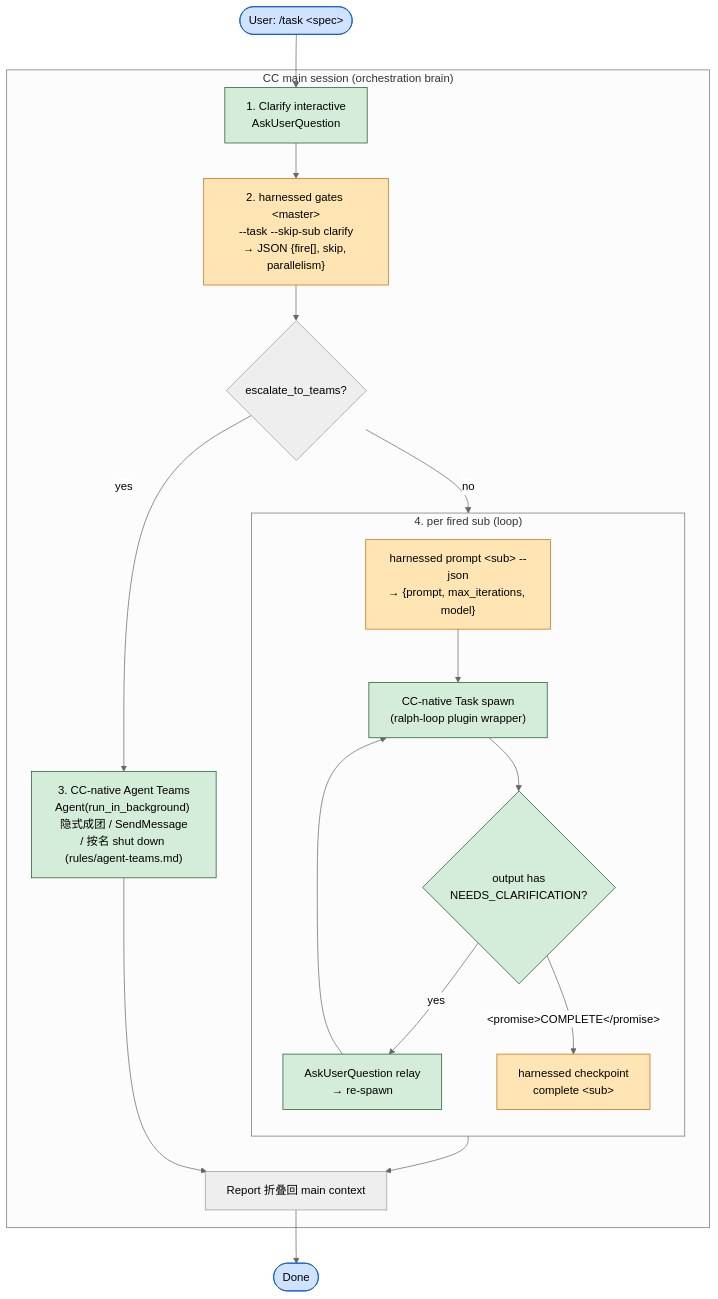
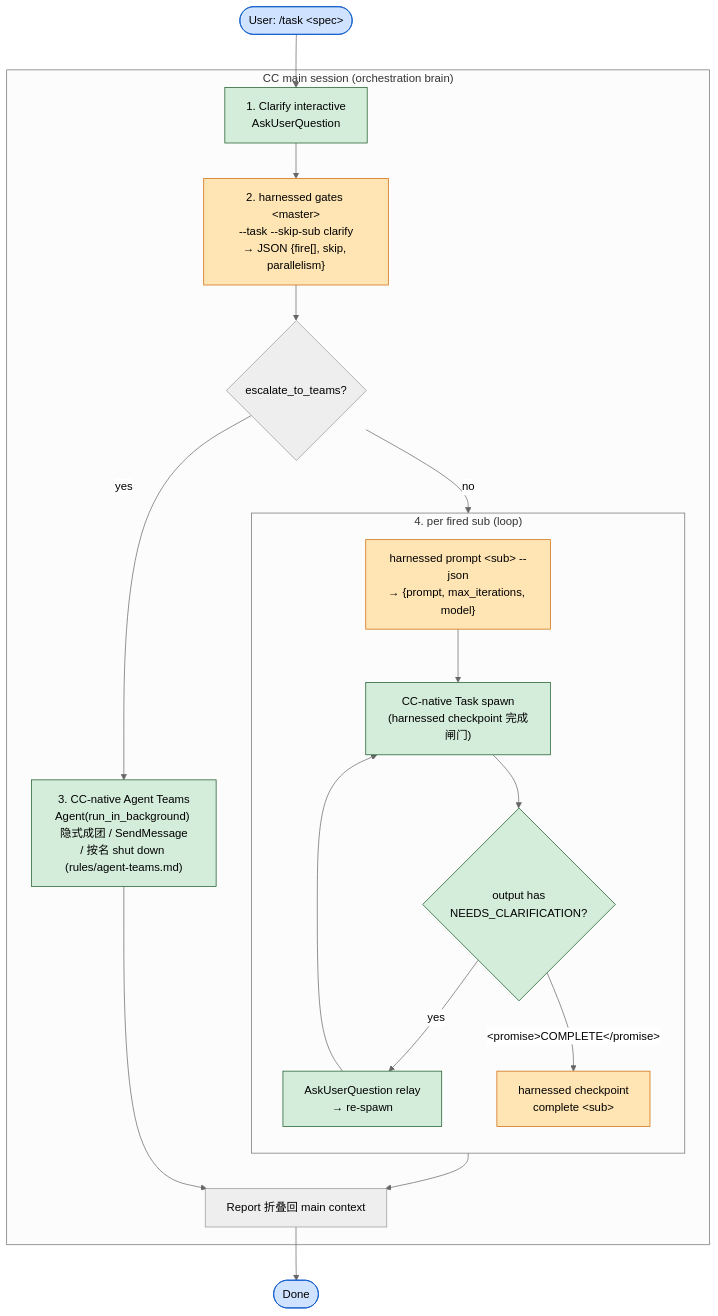
The second of 2 diagrams in docs/WORKFLOW.md (easyinplay/harnessed), drawn with Mermaid (neutral theme) before and after one commit. The commit also changed other lines of this file and 123 other files, not shown here.

````diff
--- a/docs/WORKFLOW.md
+++ b/docs/WORKFLOW.md
@@ -95,36 +95,36 @@
 ```mermaid
 flowchart TB
     Start([User: /task &lt;spec&gt;]) --> Clarify
 
     subgraph MainSession["CC main session (orchestration brain)"]
         Clarify["1. Clarify interactive<br/>AskUserQuestion"]
         Clarify --> Gates["2. harnessed gates &lt;master&gt;<br/>--task --skip-sub clarify<br/>→ JSON {fire[], skip, parallelism}"]
         Gates --> Branch{escalate_to_teams?}
 
         Branch -->|yes| Teams["3. CC-native Agent Teams<br/>Agent(run_in_background) 隐式成团 / SendMessage<br/>/ 按名 shut down (rules/agent-teams.md)"]
 
         Branch -->|no| Loop
 
         subgraph Loop["4. per fired sub (loop)"]
             direction TB
             Prompt["harnessed prompt &lt;sub&gt; --json<br/>→ {prompt, max_iterations, model}"]
-            Prompt --> Spawn["CC-native Task spawn<br/>(ralph-loop plugin wrapper)"]
+            Prompt --> Spawn["CC-native Task spawn<br/>(harnessed checkpoint 完成闸门)"]
             Spawn --> Check{output has<br/>NEEDS_CLARIFICATION?}
             Check -->|yes| Relay["AskUserQuestion relay<br/>→ re-spawn"]
             Relay --> Spawn
             Check -->|"&lt;promise&gt;COMPLETE&lt;/promise&gt;"| Ckpt["harnessed checkpoint<br/>complete &lt;sub&gt;"]
         end
 
         Teams --> Report
         Loop --> Report["Report 折叠回 main context"]
     end
 
     Report --> Done([Done])
 
     classDef cli fill:#ffe5b4,stroke:#cc6600,color:#000
     classDef native fill:#d4edda,stroke:#155724,color:#000
     classDef user fill:#cfe2ff,stroke:#0a58ca,color:#000
     class Gates,Prompt,Ckpt cli
     class Clarify,Spawn,Relay,Teams,Check native
     class Start,Done user
 ```
````
